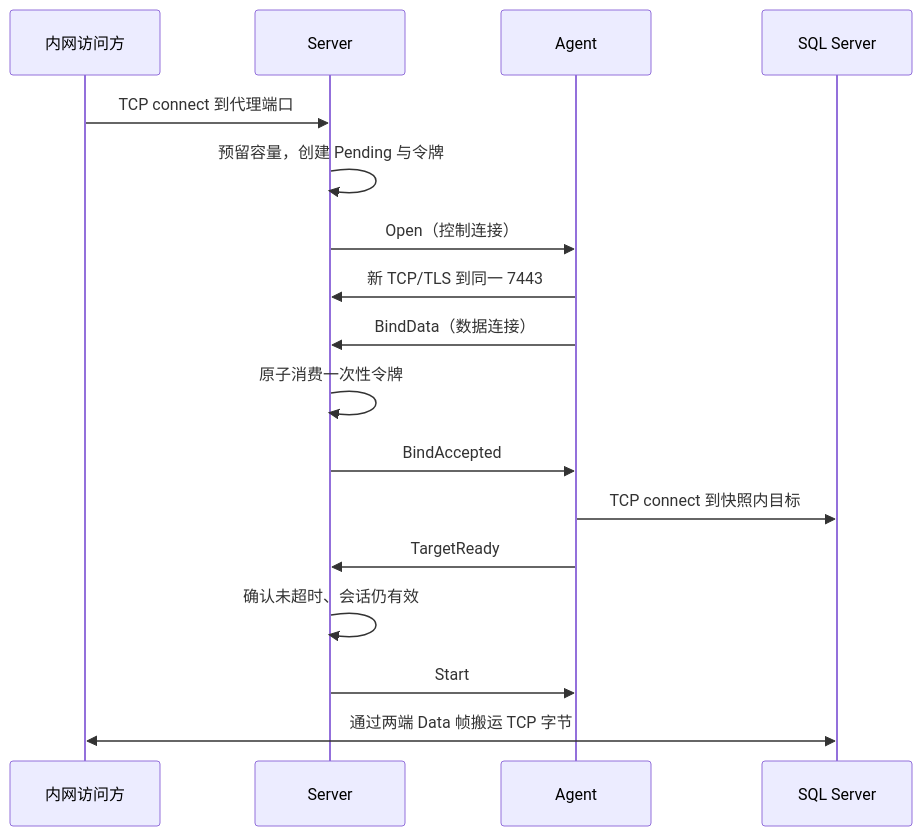
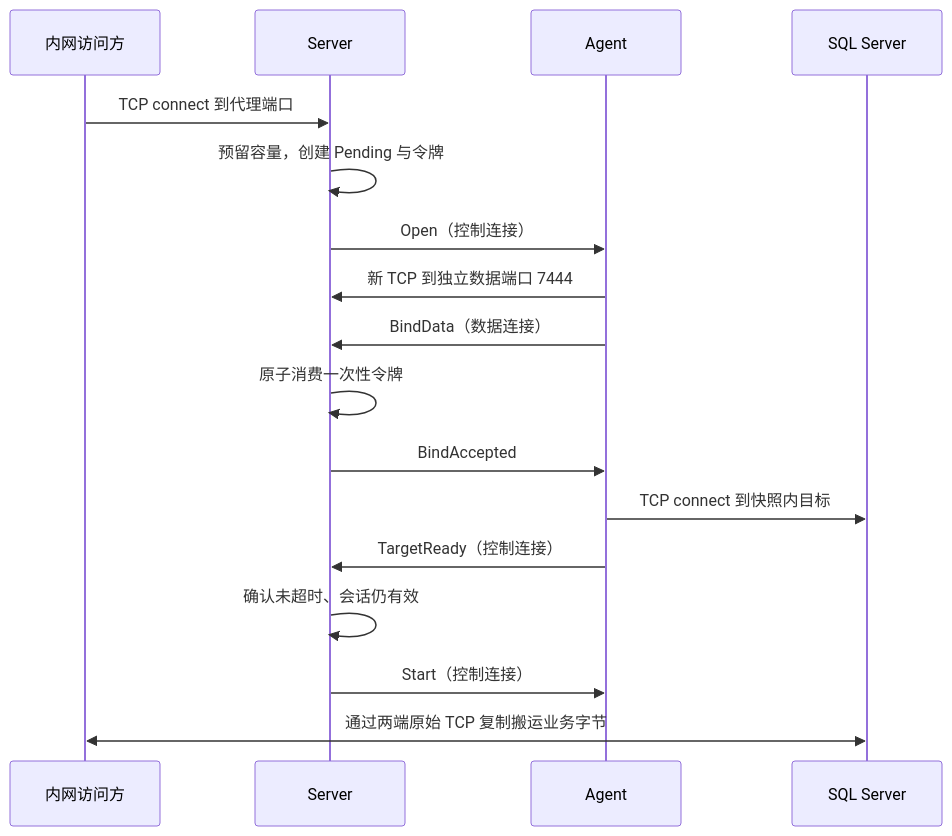
Before and after one commit to LazyWorkshopCreate/RelayLink: the third of 3 diagrams in docs/design/technical-design.md, drawn with Mermaid. The commit also changed other lines of this file and 51 other files, not shown here.

````diff
--- a/docs/design/technical-design.md
+++ b/docs/design/technical-design.md
@@ -277,19 +286,19 @@
 ```mermaid
 sequenceDiagram
     participant B as 内网访问方
     participant S as Server
     participant A as Agent
     participant D as SQL Server
     B->>S: TCP connect 到代理端口
     S->>S: 预留容量，创建 Pending 与令牌
     S->>A: Open（控制连接）
-    A->>S: 新 TCP/TLS 到同一 7443
+    A->>S: 新 TCP 到独立数据端口 7444
     A->>S: BindData（数据连接）
     S->>S: 原子消费一次性令牌
     S->>A: BindAccepted
     A->>D: TCP connect 到快照内目标
-    A->>S: TargetReady
+    A->>S: TargetReady（控制连接）
     S->>S: 确认未超时、会话仍有效
-    S->>A: Start
-    B<<->>D: 通过两端 Data 帧搬运 TCP 字节
+    S->>A: Start（控制连接）
+    B<<->>D: 通过两端原始 TCP 复制搬运业务字节
 ```
````
